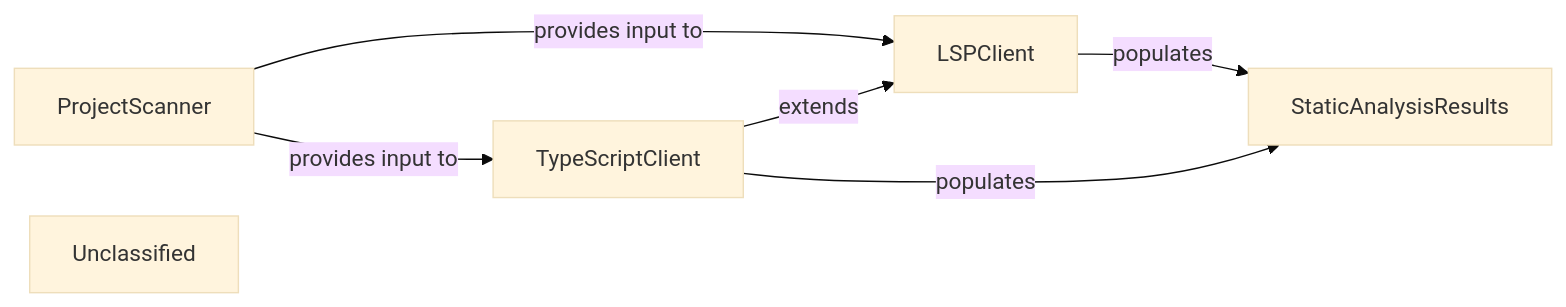
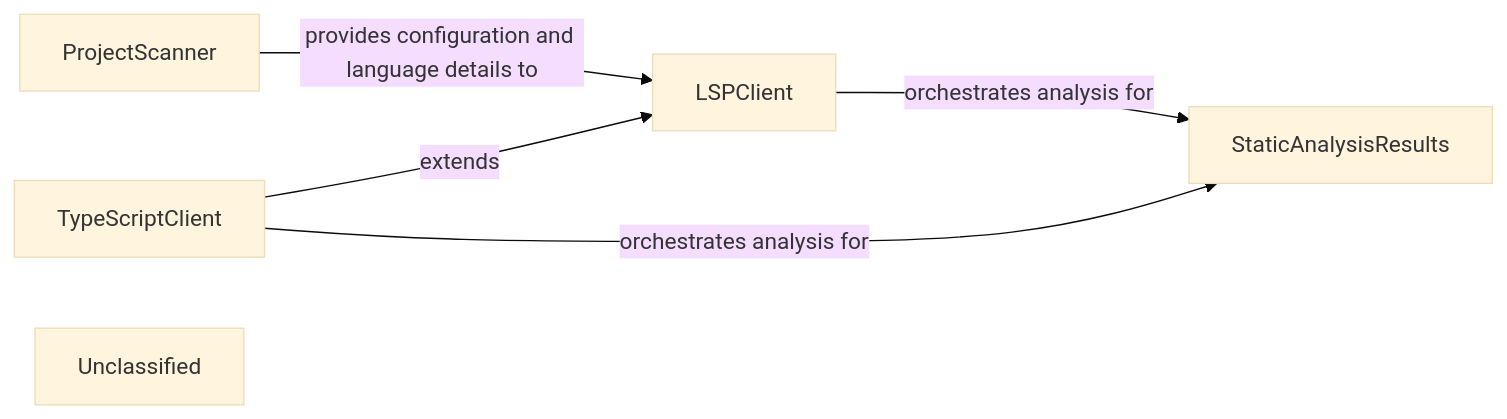
One commit to mariyam866/CodeBoarding changed the diagram in .codeboarding/Static_Analysis_Engine.md. Above: the diagram before and after it, drawn with Mermaid (base theme). The commit also changed other lines of this file and 17 other files, not shown here.

First line of the commit message:
docs: update codeboarding documentation and generate architecture

````diff
--- a/.codeboarding/Static_Analysis_Engine.md
+++ b/.codeboarding/Static_Analysis_Engine.md
@@ -1,13 +1,13 @@
 ```mermaid
 graph LR
     ProjectScanner["ProjectScanner"]
     LSPClient["LSPClient"]
     TypeScriptClient["TypeScriptClient"]
     StaticAnalysisResults["StaticAnalysisResults"]
     Unclassified["Unclassified"]
-    ProjectScanner -- "provides input to" --> LSPClient
-    ProjectScanner -- "provides input to" --> TypeScriptClient
-    LSPClient -- "populates" --> StaticAnalysisResults
+    Unclassified["Unclassified"]
+    ProjectScanner -- "provides configuration and language details to" --> LSPClient
+    LSPClient -- "orchestrates analysis for" --> StaticAnalysisResults
     TypeScriptClient -- "extends" --> LSPClient
-    TypeScriptClient -- "populates" --> StaticAnalysisResults
+    TypeScriptClient -- "orchestrates analysis for" --> StaticAnalysisResults
 ```
````
